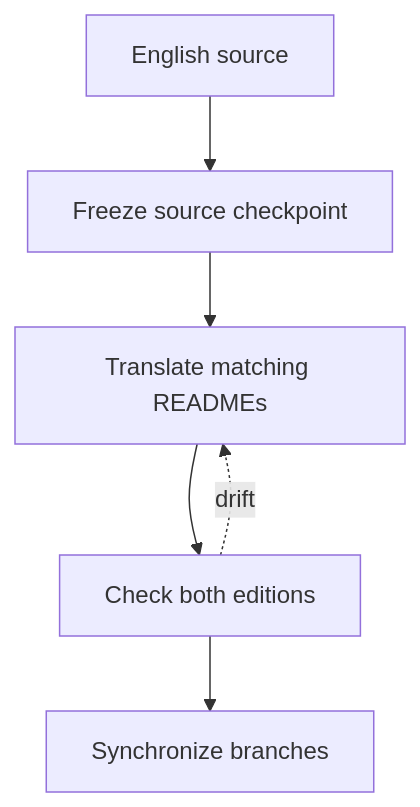
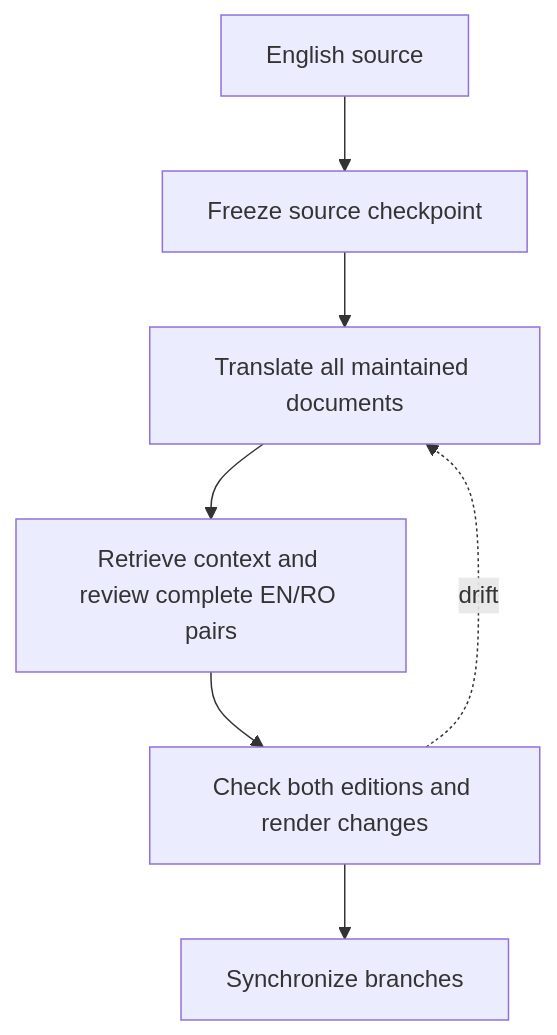
The diagram in docs/governance/Readme_Editions.md (crististefanita/ATF_AI), drawn with Mermaid before and after one commit. The commit also changed other lines of this file and 38 other files, not shown here.

Commit message:
Strengthen test governance and complete bilingual documentation review

````diff
--- a/docs/governance/Readme_Editions.md
+++ b/docs/governance/Readme_Editions.md
@@ -33,8 +33,9 @@
 ```mermaid
 flowchart TB
     Main["English source"] --> Freeze["Freeze source checkpoint"]
-    Freeze --> Translate["Translate matching READMEs"]
-    Translate --> Check["Check both editions"]
+    Freeze --> Translate["Translate all maintained documents"]
+    Translate --> Review["Retrieve context and review complete EN/RO pairs"]
+    Review --> Check["Check both editions and render changes"]
     Check --> Publish["Synchronize branches"]
     Check -. drift .-> Translate
 ```
````
